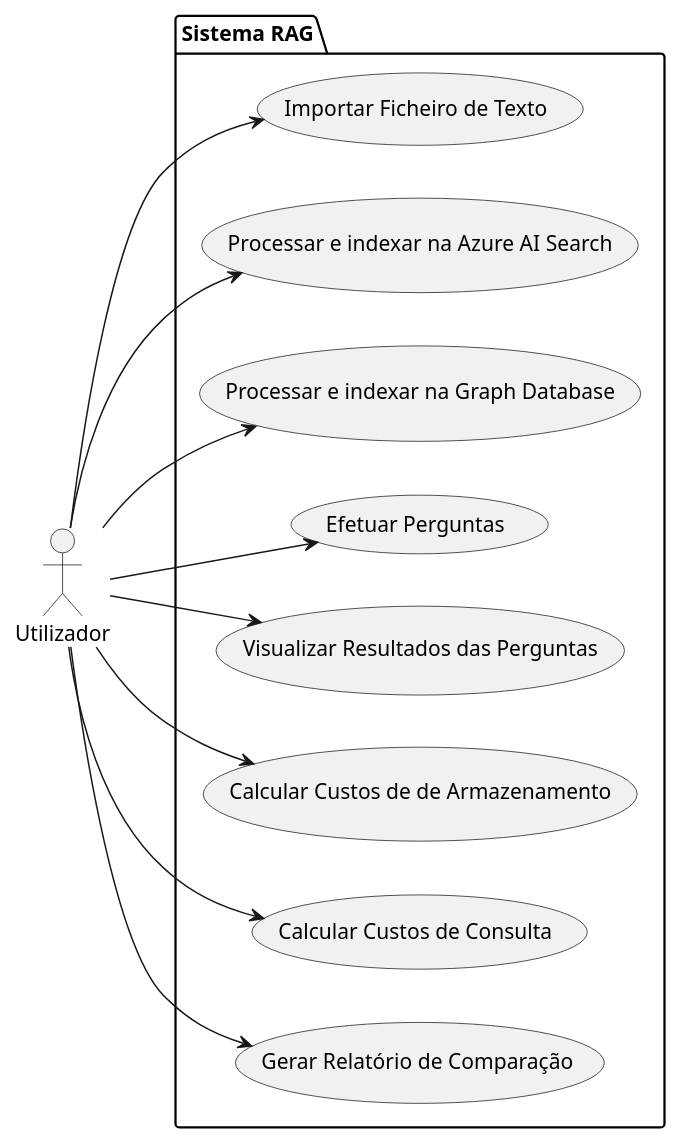
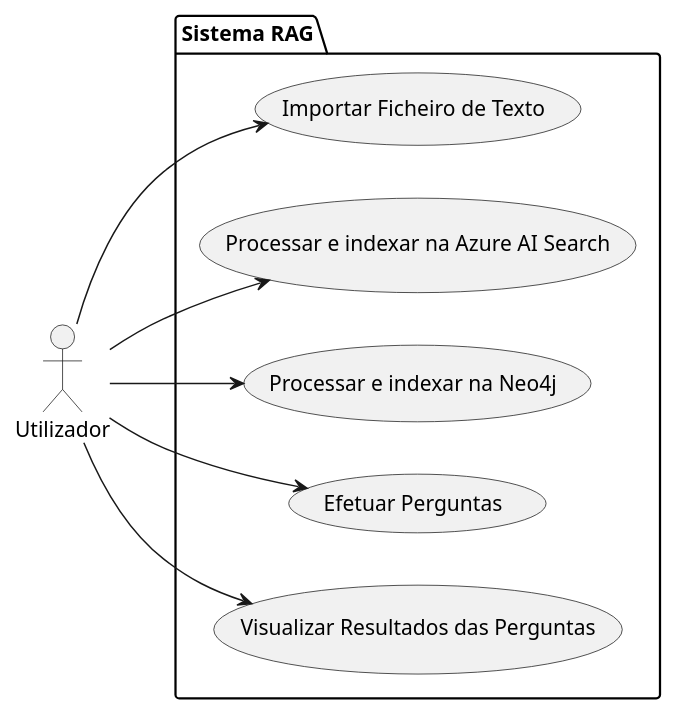
One commit to Educ00/EstagioArmis changed the diagram in src/projeto_armis/docs/ucd/use_case_diagram.puml. Above: the diagram before and after it, drawn with PlantUML. The commit also changed 21 other files, not shown here.

```diff
--- a/src/projeto_armis/docs/ucd/use_case_diagram.puml
+++ b/src/projeto_armis/docs/ucd/use_case_diagram.puml
@@ -1,27 +1,27 @@
 @startuml
 'title Diagrama de Casos de Uso
 left to right direction
 actor Utilizador as user
 
 package "Sistema RAG" {
     usecase "Importar Ficheiro de Texto" as UC1
     usecase "Processar e indexar na Azure AI Search" as UC2
-    usecase "Processar e indexar na Graph Database" as UC3
+    usecase "Processar e indexar na Neo4j" as UC3
     usecase "Efetuar Perguntas" as UC4
     usecase "Visualizar Resultados das Perguntas" as UC5
 
-    usecase "Calcular Custos de de Armazenamento" as UC6
-    usecase "Calcular Custos de Consulta"       as UC7
-    usecase "Gerar Relatório de Comparação"     as UC8
+    'usecase "Calcular Custos de de Armazenamento" as UC6
+    'usecase "Calcular Custos de Consulta"       as UC7
+    'usecase "Gerar Relatório de Comparação"     as UC8
 }
 
 user --> UC1
 user --> UC2
 user --> UC3
 user --> UC4
 user --> UC5
-user --> UC6
-user --> UC7
-user --> UC8
+'user --> UC6
+'user --> UC7
+'user --> UC8
 
 @enduml
```
